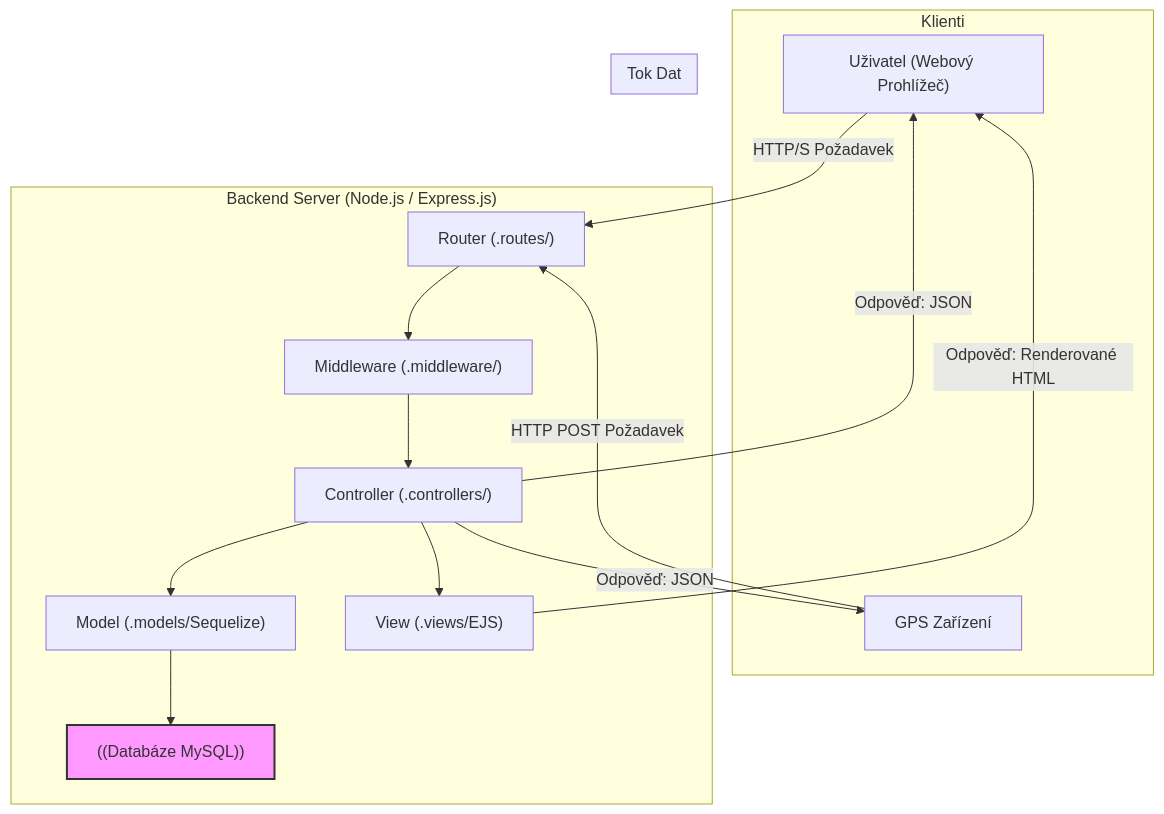
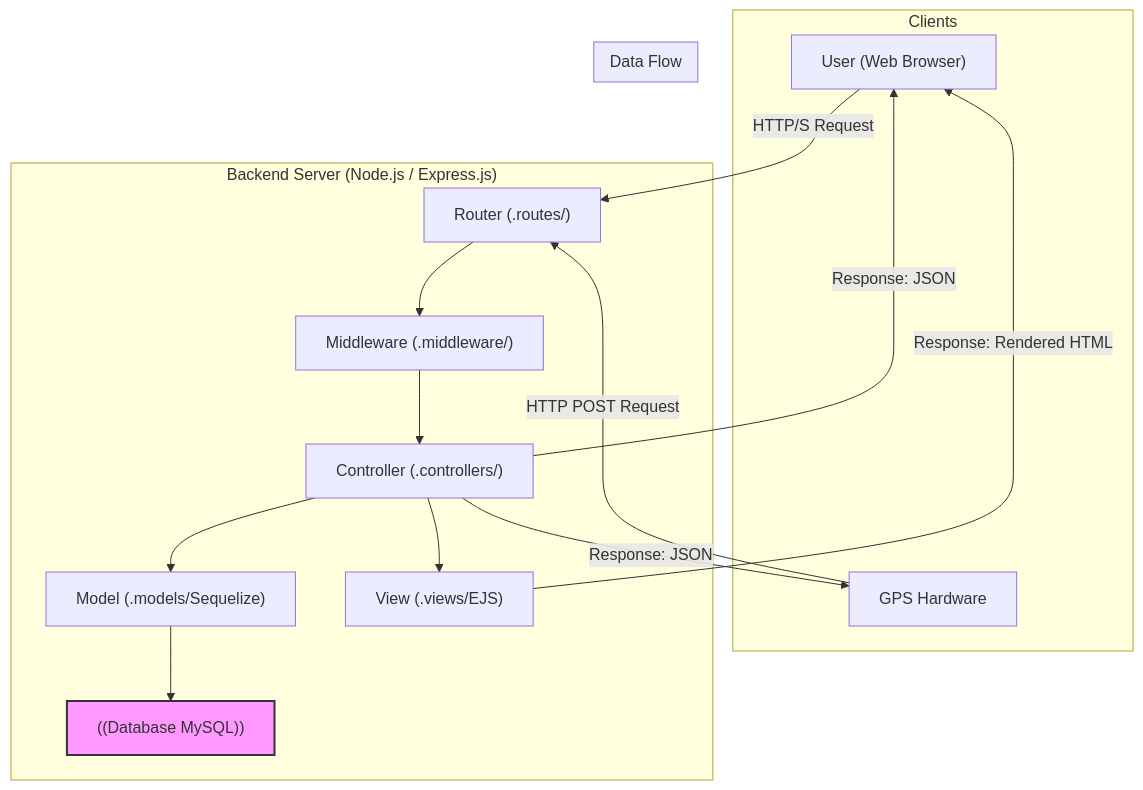
Before and after one commit to Balner123/GPS_server_NodeJS: the first of 2 diagrams in Server_NODEJS/readme_server.md, drawn with Mermaid. The commit also changed other lines of this file and 24 other files, not shown here.

````diff
--- a/Server_NODEJS/readme_server.md
+++ b/Server_NODEJS/readme_server.md
@@ -26,33 +26,33 @@
 ```mermaid
 graph TD
-    subgraph "Klienti"
-        Client_Browser["Uživatel (Webový Prohlížeč)"]
-        Client_Device["GPS Zařízení"]
+    subgraph "Clients"
+        Client_Browser["User (Web Browser)"]
+        Client_Device["GPS Hardware"]
     end
 
     subgraph "Backend Server (Node.js / Express.js)"
         Router["Router (.routes/)"]
         Middleware["Middleware (.middleware/)"]
         Controller["Controller (.controllers/)"]
         Model["Model (.models/Sequelize)"]
-        Database["((Databáze MySQL))"]
+        Database["((Database MySQL))"]
         View["View (.views/EJS)"]
 
         Router --> Middleware
         Middleware --> Controller
         Controller --> Model
         Model --> Database
         Controller --> View
     end
 
-    subgraph "Tok Dat"
-        Client_Browser -- "HTTP/S Požadavek" --> Router
-        Client_Device -- "HTTP POST Požadavek" --> Router
+    subgraph "Data Flow"
+        Client_Browser -- "HTTP/S Request" --> Router
+        Client_Device -- "HTTP POST Request" --> Router
         
-        View -- "Odpověď: Renderované HTML" --> Client_Browser
-        Controller -- "Odpověď: JSON" --> Client_Browser
-        Controller -- "Odpověď: JSON" --> Client_Device
+        View -- "Response: Rendered HTML" --> Client_Browser
+        Controller -- "Response: JSON" --> Client_Browser
+        Controller -- "Response: JSON" --> Client_Device
     end
 
     style Database fill:#f9f,stroke:#333,stroke-width:2px
 ```
````
